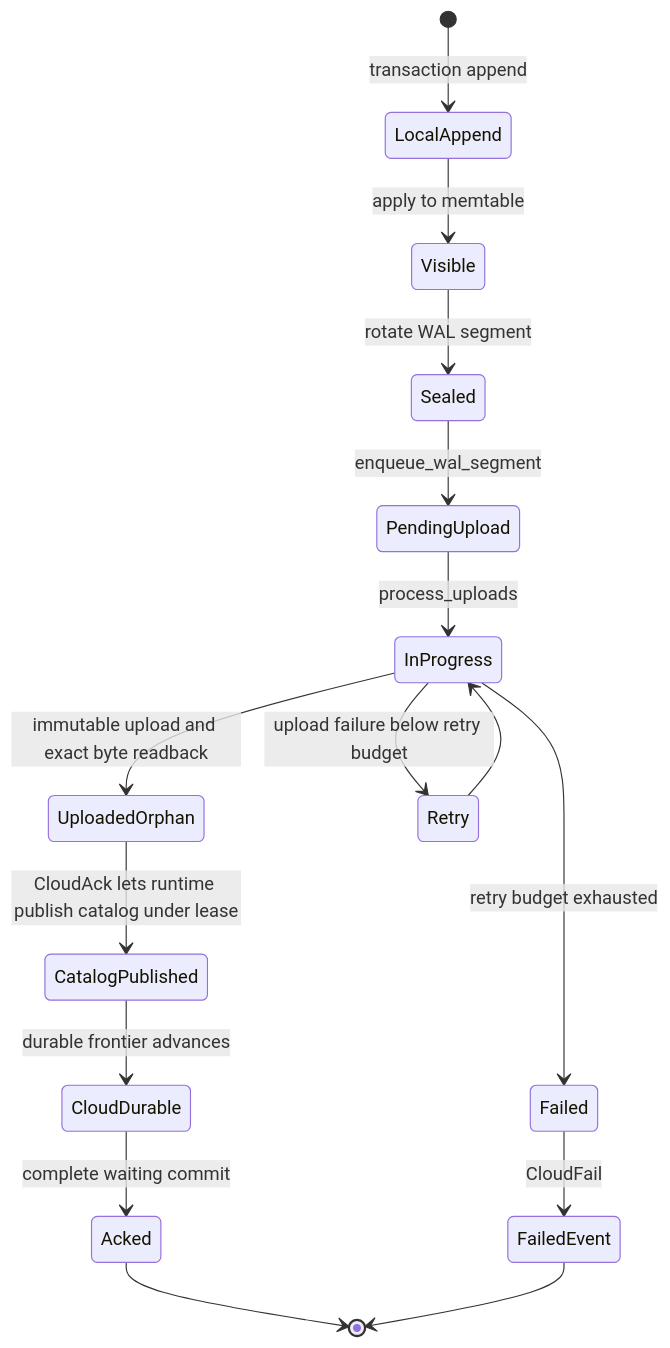
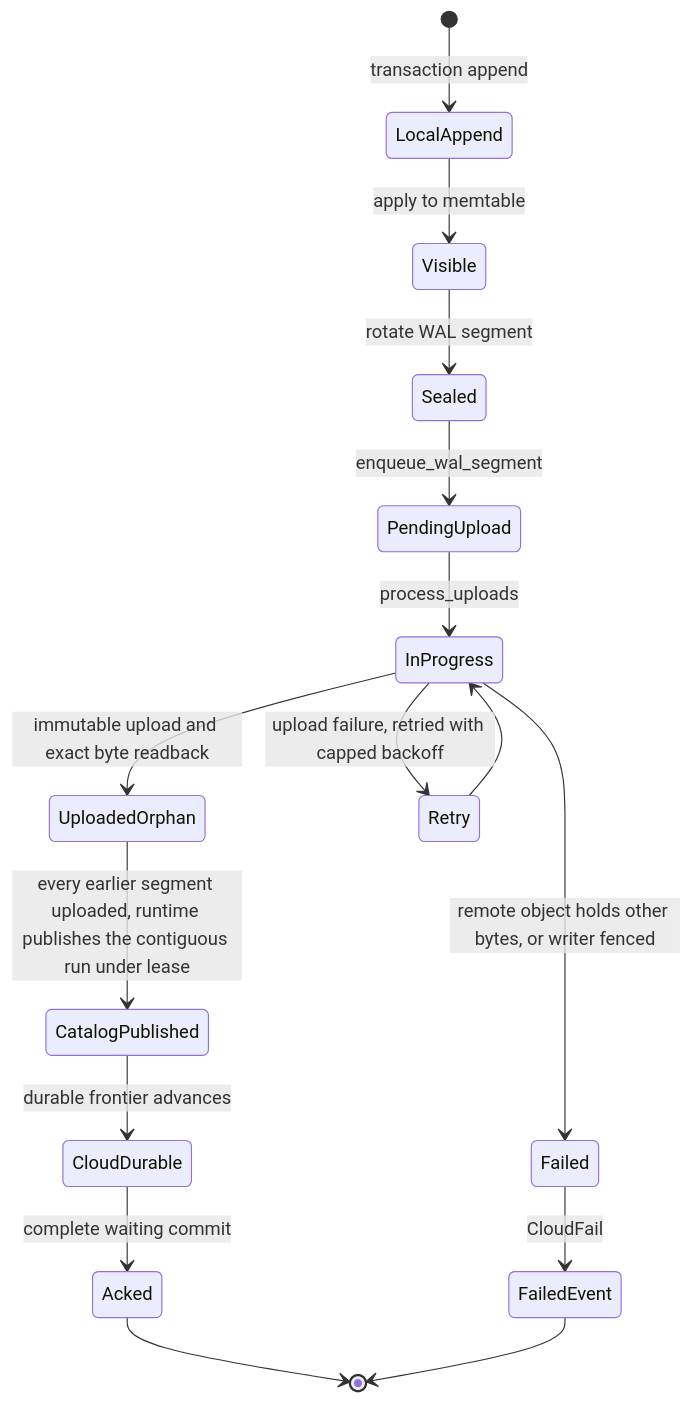
Before and after one commit to cntryl/midge: the ninth of 10 diagrams in docs/development/architecture-diagrams.md, drawn with Mermaid. The commit also changed 3 other files, not shown here.

First line of the commit message:
docs: describe contiguous WAL publication and upload retries

````diff
--- a/docs/development/architecture-diagrams.md
+++ b/docs/development/architecture-diagrams.md
@@ -284,18 +284,18 @@
 ```mermaid
 stateDiagram-v2
     [*] --> LocalAppend: transaction append
     LocalAppend --> Visible: apply to memtable
     Visible --> Sealed: rotate WAL segment
     Sealed --> PendingUpload: enqueue_wal_segment
     PendingUpload --> InProgress: process_uploads
     InProgress --> UploadedOrphan: immutable upload and exact byte readback
-    UploadedOrphan --> CatalogPublished: CloudAck lets runtime publish catalog under lease
+    UploadedOrphan --> CatalogPublished: every earlier segment uploaded, runtime publishes the contiguous run under lease
     CatalogPublished --> CloudDurable: durable frontier advances
-    InProgress --> Retry: upload failure below retry budget
+    InProgress --> Retry: upload failure, retried with capped backoff
     Retry --> InProgress
-    InProgress --> Failed: retry budget exhausted
+    InProgress --> Failed: remote object holds other bytes, or writer fenced
     CloudDurable --> Acked: complete waiting commit
     Failed --> FailedEvent: CloudFail
     Acked --> [*]
     FailedEvent --> [*]
 ```
````
